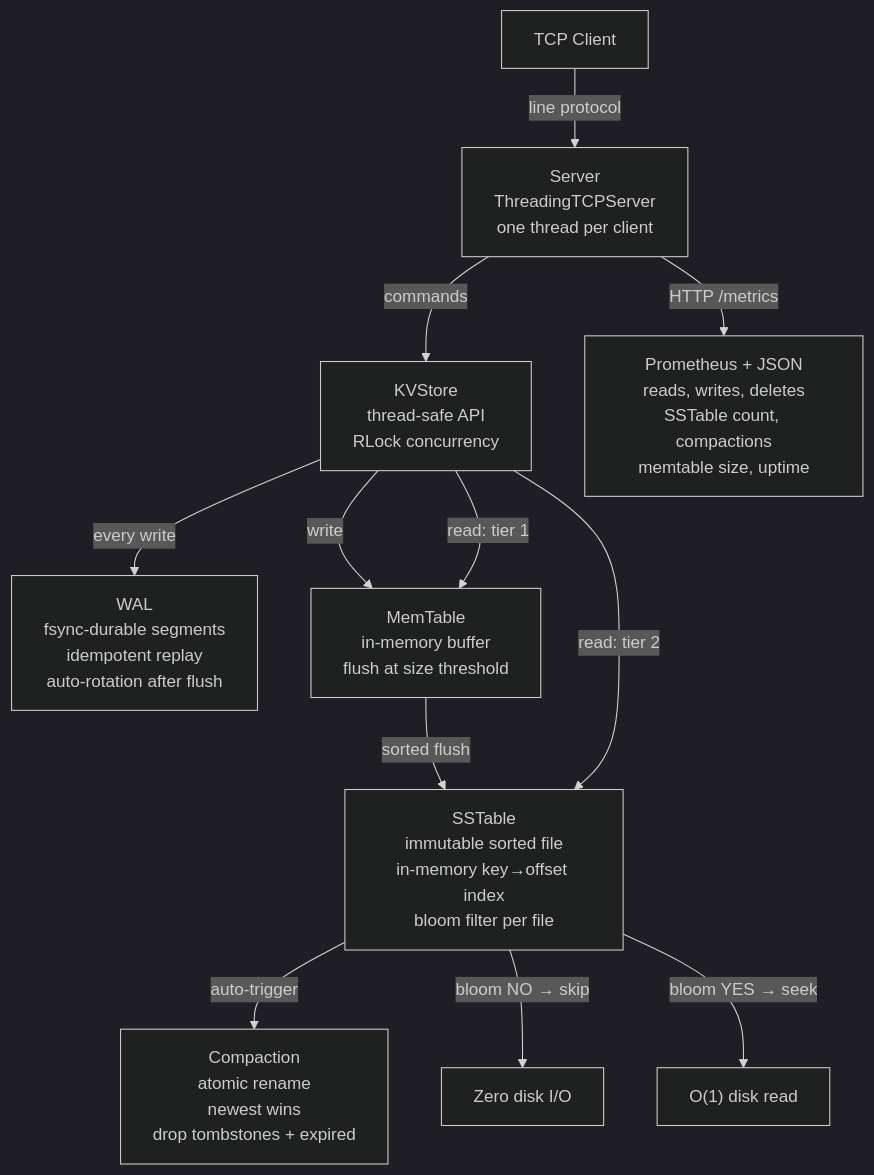
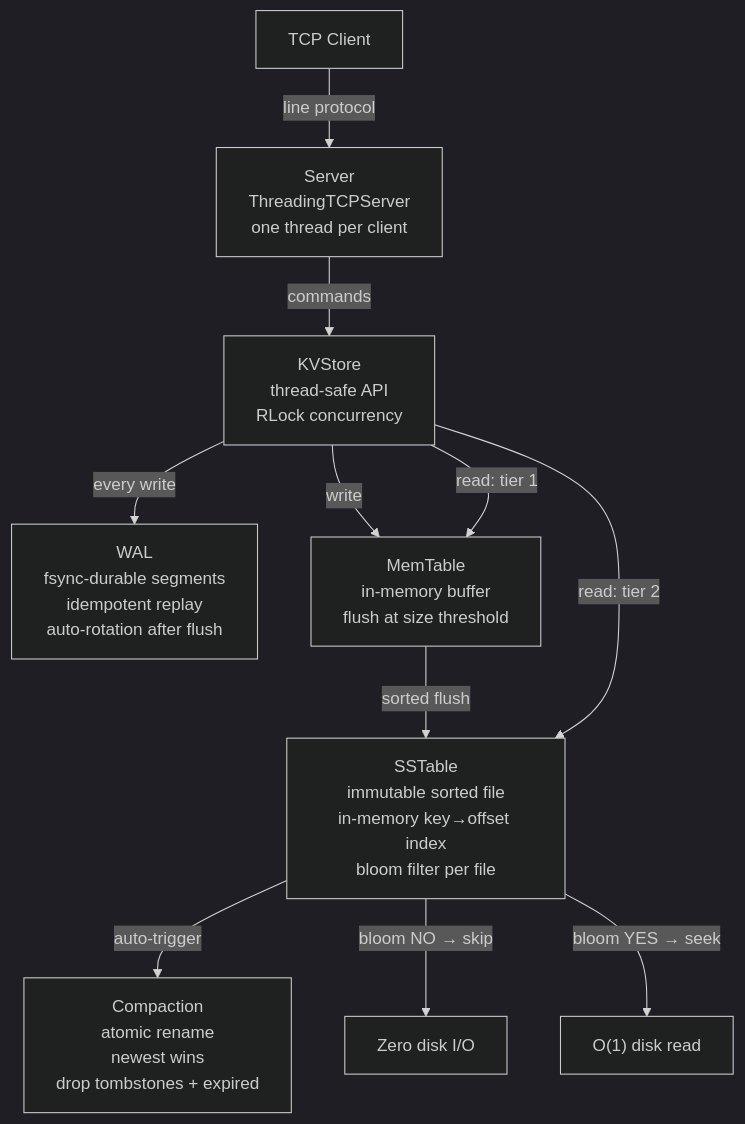
Before and after one commit to AshrafAhmed9/kv-store: the diagram in README.md, drawn with Mermaid (dark theme). The commit also changed other lines of this file and 53 other files, not shown here.

````diff
--- a/README.md
+++ b/README.md
@@ -19,18 +19,16 @@
 ```mermaid
 flowchart TD
     Client["TCP Client"] -->|line protocol| Server["Server\nThreadingTCPServer\none thread per client"]
     Server -->|commands| Store["KVStore\nthread-safe API\nRLock concurrency"]
 
     Store -->|every write| WAL["WAL\nfsync-durable segments\nidempotent replay\nauto-rotation after flush"]
     Store -->|write| MT["MemTable\nin-memory buffer\nflush at size threshold"]
 
     MT -->|sorted flush| SST["SSTable\nimmutable sorted file\nin-memory key→offset index\nbloom filter per file"]
     SST -->|auto-trigger| Compact["Compaction\natomic rename\nnewest wins\ndrop tombstones + expired"]
 
     Store -->|"read: tier 1"| MT
     Store -->|"read: tier 2"| SST
     SST -->|"bloom NO → skip"| Skip["Zero disk I/O"]
     SST -->|"bloom YES → seek"| Disk["O(1) disk read"]
-
-    Server -->|"HTTP /metrics"| Metrics["Prometheus + JSON\nreads, writes, deletes\nSSTable count, compactions\nmemtable size, uptime"]
 ```
````
